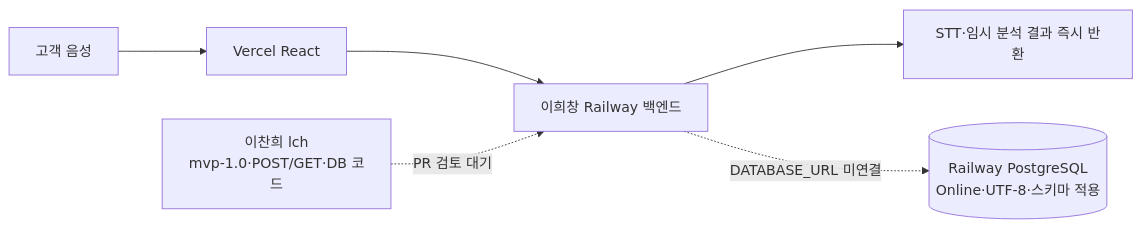
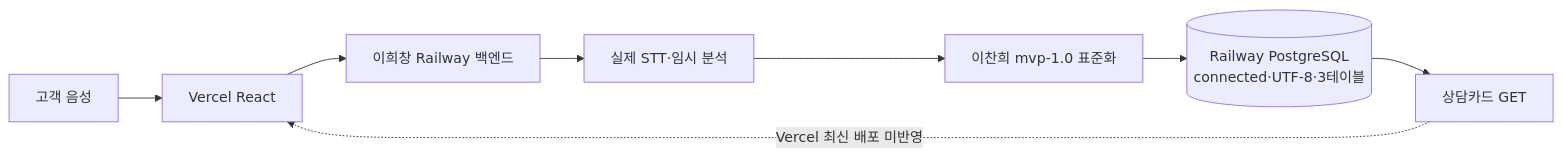
Before and after one commit to bluealmond33-debug/kda4-k7-product: the first of 2 diagrams in docs/2026-07-16-mvp-integration-status.md, drawn with Mermaid. The commit also changed other lines of this file and 12 other files, not shown here.

````diff
--- a/docs/2026-07-16-mvp-integration-status.md
+++ b/docs/2026-07-16-mvp-integration-status.md
@@ -13,11 +13,10 @@
 ```mermaid
 flowchart LR
     A["고객 음성"] --> B["Vercel React"]
     B --> C["이희창 Railway 백엔드"]
-    C --> D["STT·임시 분석 결과 즉시 반환"]
-    E[("Railway PostgreSQL\nOnline·UTF-8·스키마 적용")]
-    F["이찬희 lch\nmvp-1.0·POST/GET·DB 코드"]
-
-    F -. "PR 검토 대기" .-> C
-    C -. "DATABASE_URL 미연결" .-> E
+    C --> D["실제 STT·임시 분석"]
+    D --> E["이찬희 mvp-1.0 표준화"]
+    E --> F[("Railway PostgreSQL\nconnected·UTF-8·3테이블")]
+    F --> G["상담카드 GET"]
+    G -. "Vercel 최신 배포 미반영" .-> B
 ```
````
